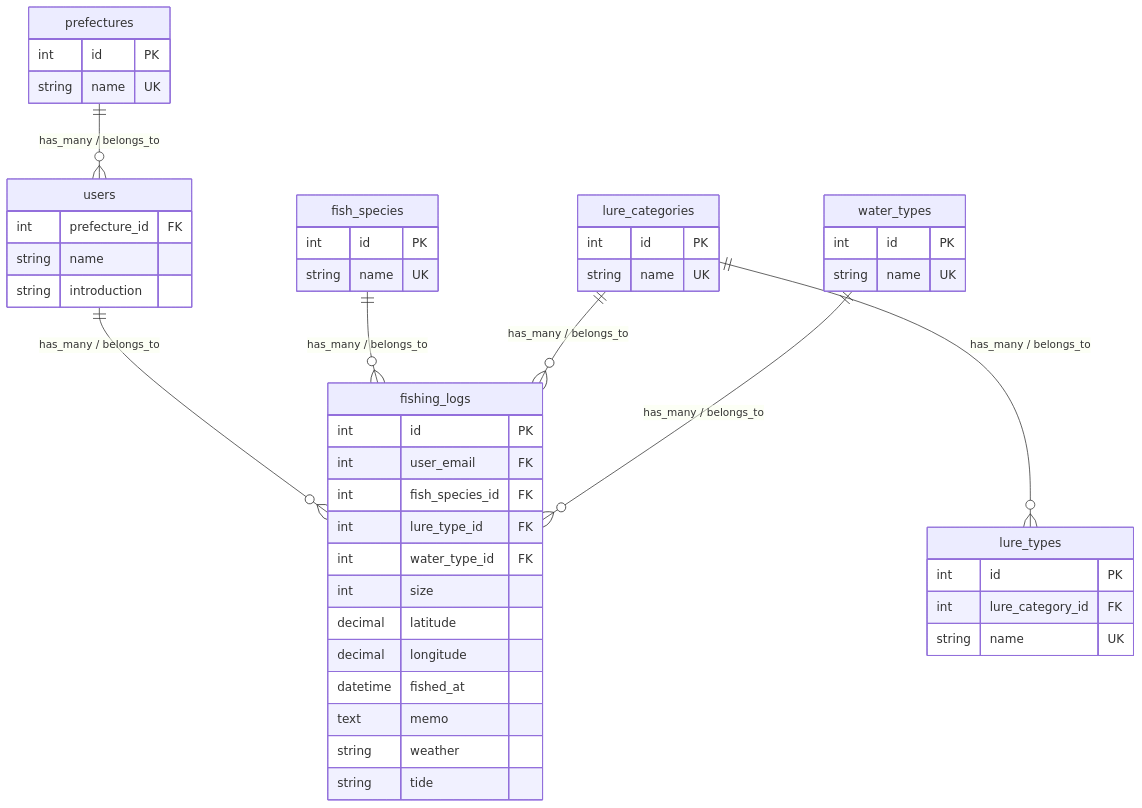
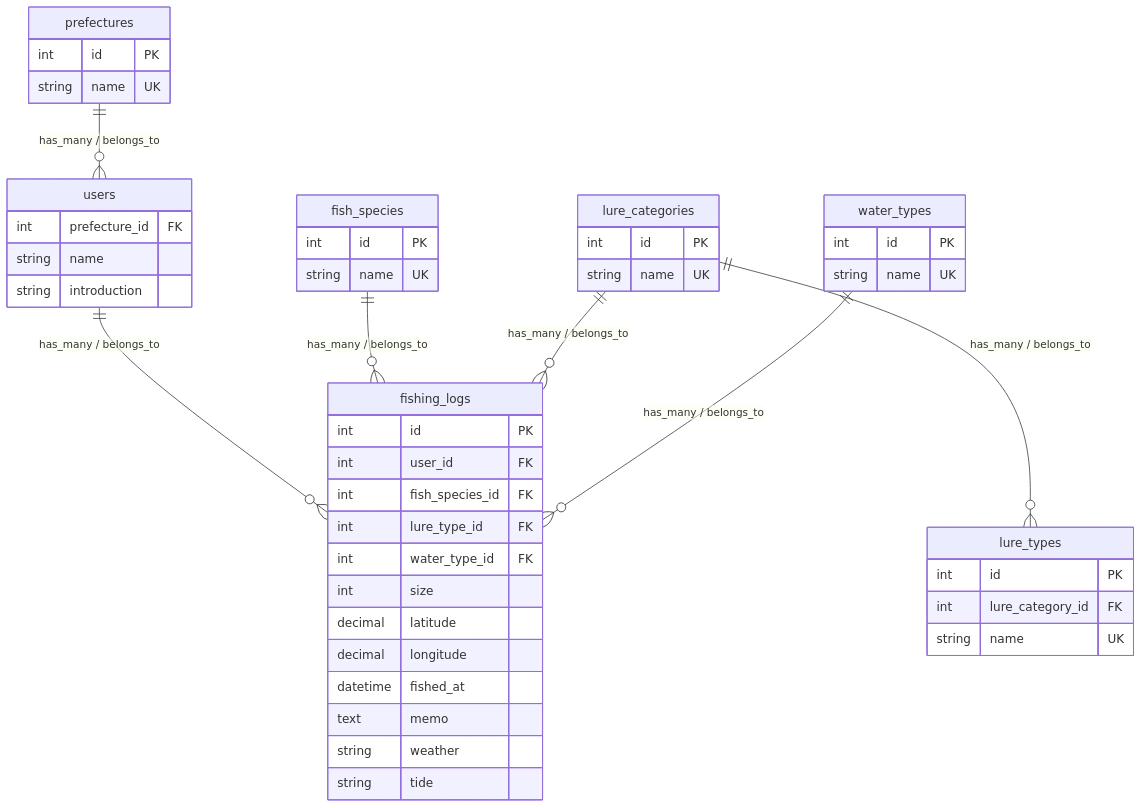
Before and after one commit to yusakumer/fishing_app: the diagram in README.md, drawn with Mermaid.

Commit message:
ER図修正

````diff
--- a/README.md
+++ b/README.md
@@ -8,57 +8,57 @@
 ```mermaid
 erDiagram
 
     prefectures ||--o{ users : "has_many / belongs_to"
     users ||--o{ fishing_logs : "has_many / belongs_to"
     fish_species ||--o{ fishing_logs : "has_many / belongs_to"
     lure_categories ||--o{ lure_types : "has_many / belongs_to"
     lure_categories ||--o{ fishing_logs : "has_many / belongs_to"
     water_types ||--o{ fishing_logs : "has_many / belongs_to"
 
     prefectures {
         int id PK
         string name UK
     }
 
     users {
         int prefecture_id FK
         string name
         string introduction
     }
 
     fishing_logs {
         int id PK
-        int user_email FK
+        int user_id FK
         int fish_species_id FK
         int lure_type_id FK
         int water_type_id FK
         int size
         decimal latitude
         decimal longitude
         datetime fished_at
         text memo
         string weather
         string tide
     }
 
     fish_species {
         int id PK
         string name UK
     }
 
     lure_categories {
         int id PK
         string name UK
     }
 
     lure_types {
         int id PK
         int lure_category_id FK
         string name UK
     }
 
     water_types {
         int id PK
         string name UK
     }
 ```
````
